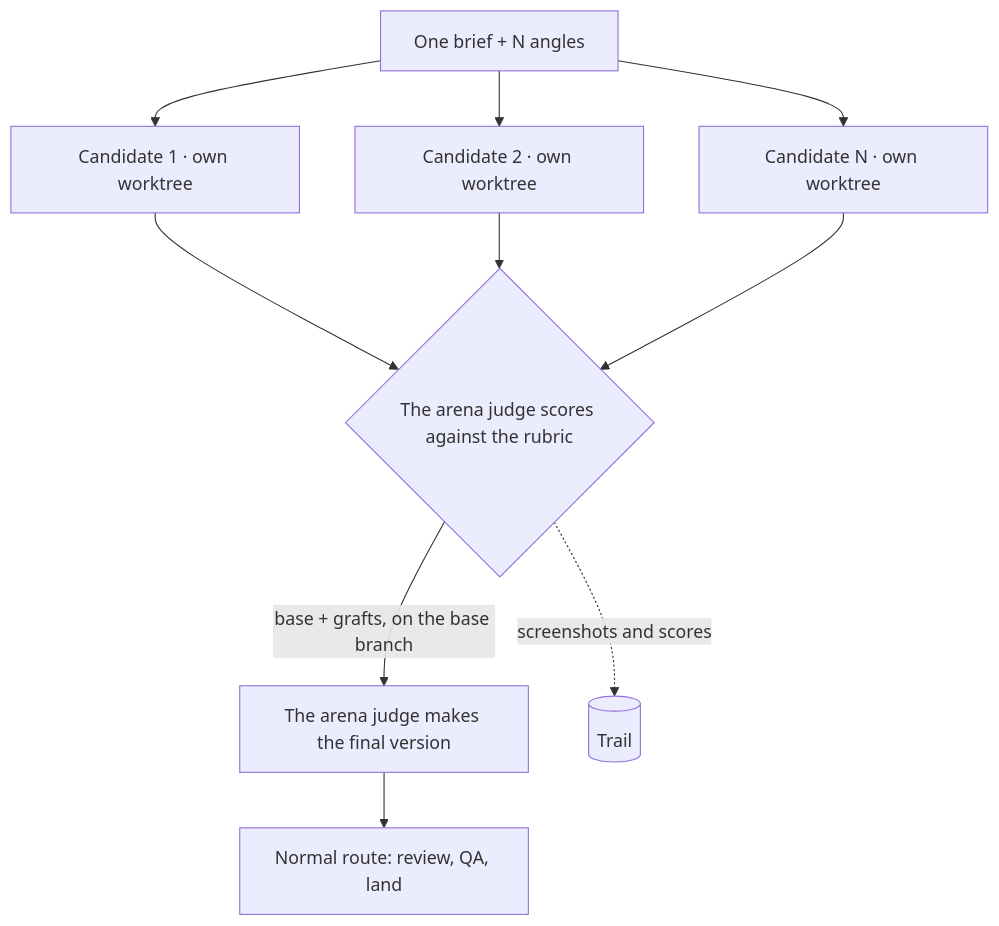
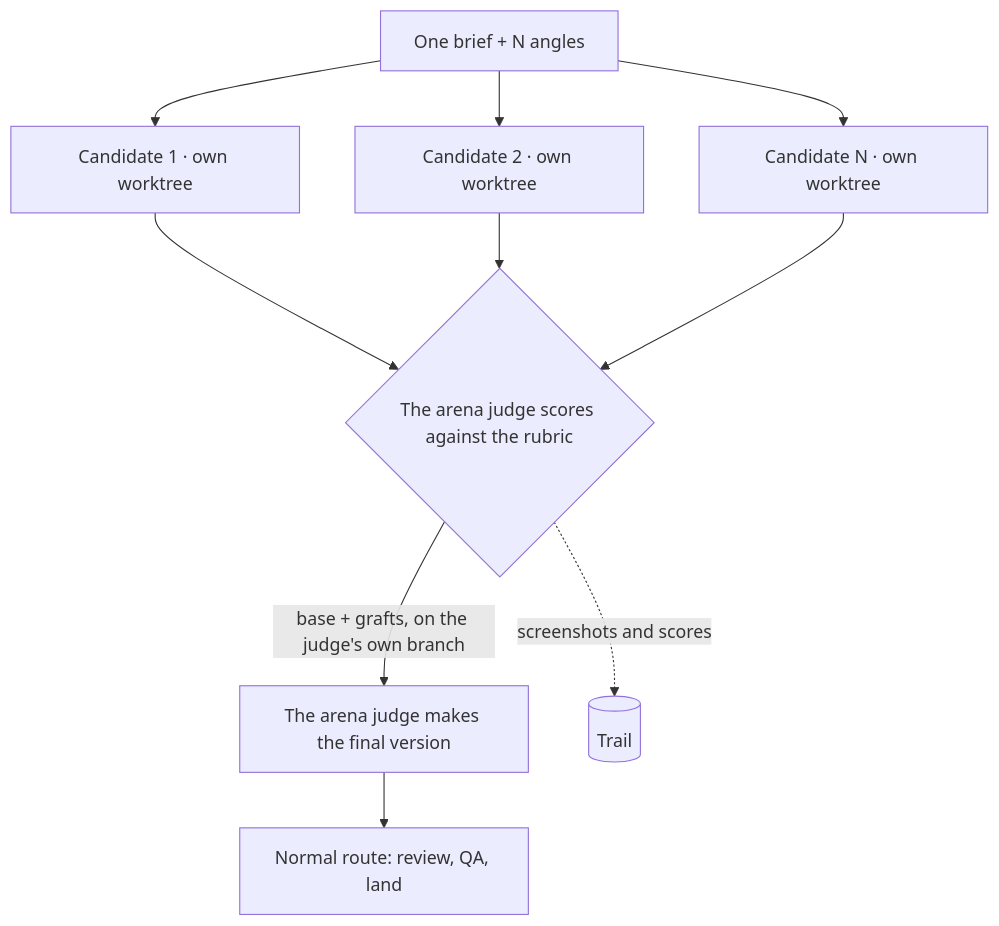
The third of 6 diagrams in docs/design/sage-mode.md (erickb336/sage), drawn with Mermaid before and after one commit. The commit also changed other lines of this file and 26 other files, not shown here.

````diff
--- a/docs/design/sage-mode.md
+++ b/docs/design/sage-mode.md
@@ -166,12 +166,12 @@
 ```mermaid
 flowchart TB
   B["One brief + N angles"] --> C1["Candidate 1 · own worktree"]
   B --> C2["Candidate 2 · own worktree"]
   B --> C3["Candidate N · own worktree"]
   C1 --> J{"The arena judge scores against the rubric"}
   C2 --> J
   C3 --> J
-  J -->|"base + grafts, on the base branch"| G["The arena judge makes the final version"]
+  J -->|"base + grafts, on the judge's own branch"| G["The arena judge makes the final version"]
   G --> N["Normal route: review, QA, land"]
   J -.->|"screenshots and scores"| T[("Trail")]
 ```
````
